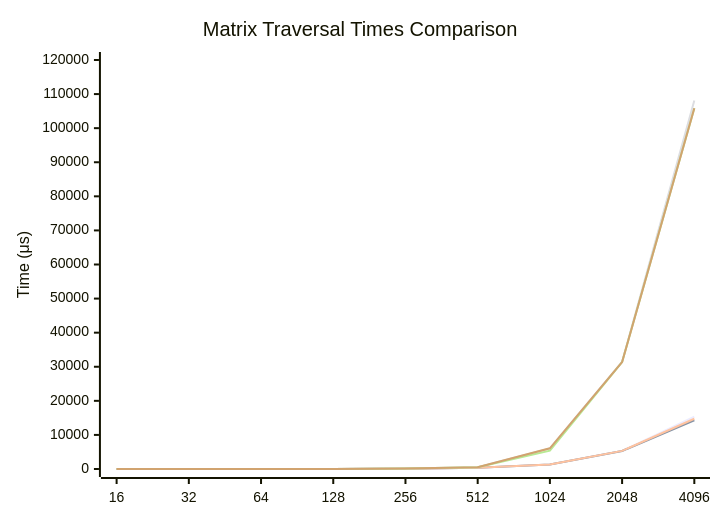
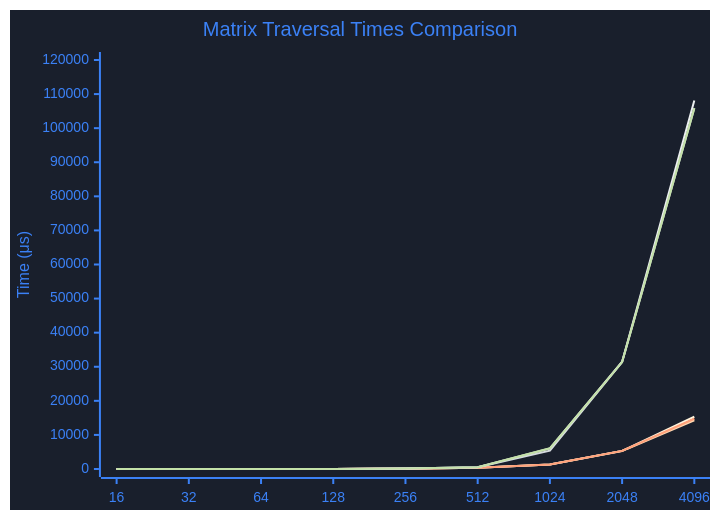
One commit to mdoradom/SecondBrain changed the diagram in content/Resources/Research/matrix-evaluation-in-c.md. Above: the diagram before and after it, drawn with Mermaid.

````diff
--- a/content/Resources/Research/matrix-evaluation-in-c.md
+++ b/content/Resources/Research/matrix-evaluation-in-c.md
@@ -110,13 +110,27 @@
 ```mermaid
+%%{
+  init: {
+    'theme': 'base',
+    'themeVariables': {
+      'primaryColor': '#191F2C',
+      'primaryTextColor': '#3B81F6',
+      'primaryBorderColor': '#7C0000',
+      'lineColor': '#EDF2F7',
+      'secondaryColor': '#EDF2F7',
+      'tertiaryColor': '#EDF2F7',
+      'background':  '#191F2C'
+    }
+  }
+}%%
 xychart-beta
     title "Matrix Traversal Times Comparison"
     x-axis ["16", "32", "64", "128", "256", "512", "1024", "2048", "4096"]
     y-axis "Time (μs)" 0 --> 120000
     
     line "Row Test 1: Traversal by Row" [0, 2, 6, 21, 63, 332, 1324, 5312, 15338]
     line "Row Test 2: Traversal by Row" [0, 2, 6, 10, 63, 332, 1323, 5296, 14309]
     line "Row Test 3: Traversal by Row" [0, 2, 6, 19, 63, 332, 1321, 5320, 14742]
     line "Column Test 1: Traversal by Column" [0, 3, 3, 16, 115, 505, 6031, 31473, 108086]
     line "Column Test 2: Traversal by Column" [0, 2, 3, 13, 116, 503, 5364, 31377, 105834]
     line "Column Test 3: Traversal by Column" [0, 2, 3, 15, 116, 503, 6067, 31384, 105835]
 ```
````
